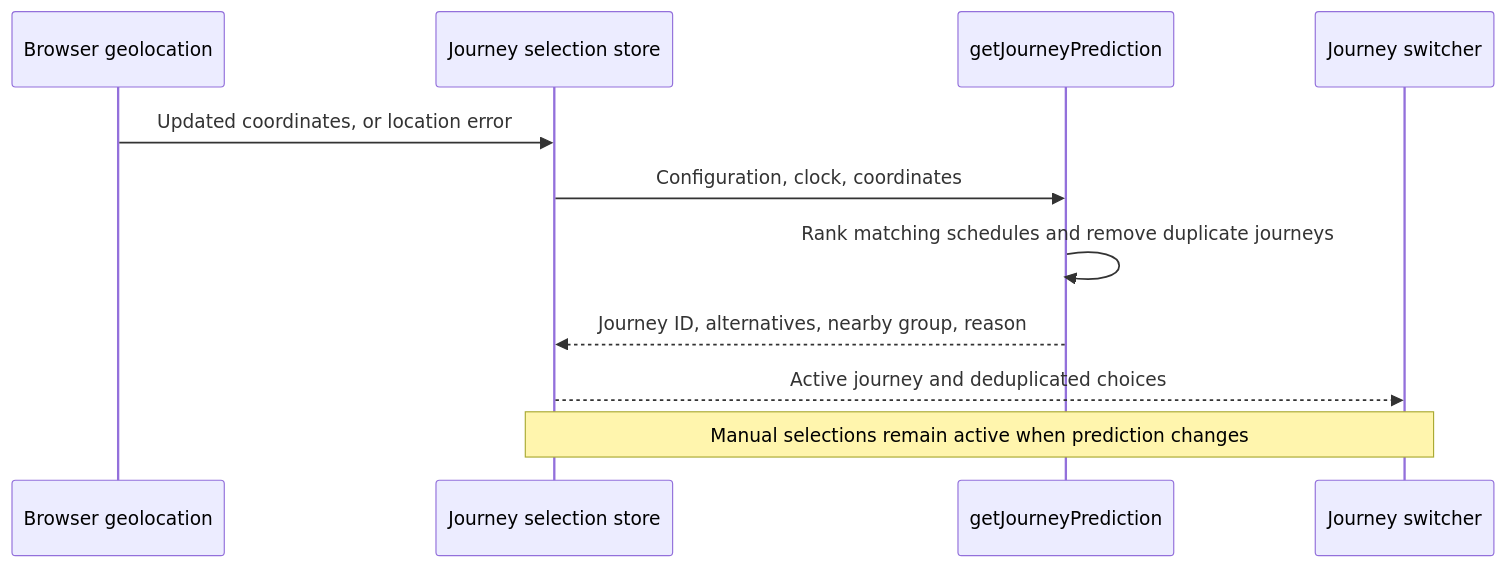
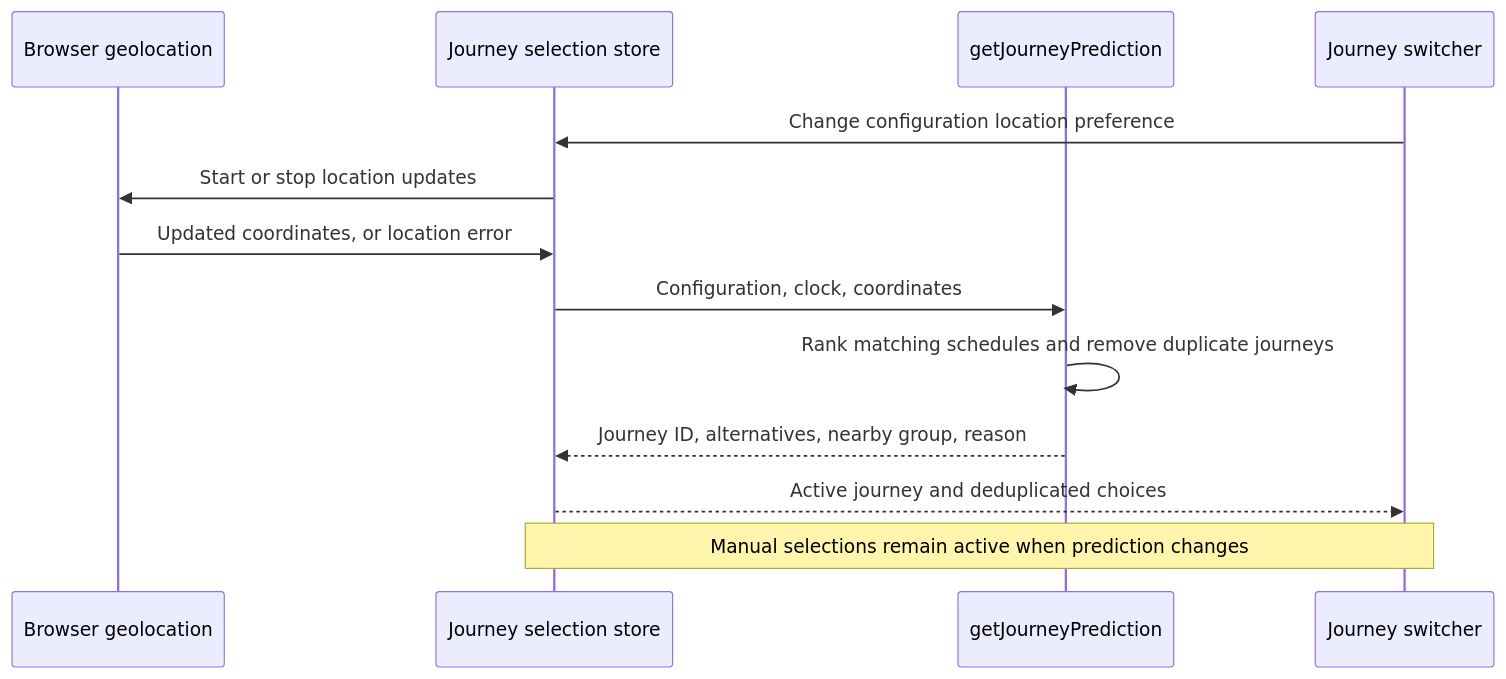
The second of 4 diagrams in docs/journey-selection.md (nd9600/trainDashboard), drawn with Mermaid before and after one commit. The commit also changed other lines of this file and 12 other files, not shown here.

````diff
--- a/docs/journey-selection.md
+++ b/docs/journey-selection.md
@@ -36,13 +38,15 @@
 ```mermaid
 sequenceDiagram
     participant Browser as Browser geolocation
     participant Store as Journey selection store
     participant Prediction as getJourneyPrediction
     participant UI as Journey switcher
+    UI->>Store: Change configuration location preference
+    Store->>Browser: Start or stop location updates
     Browser->>Store: Updated coordinates, or location error
     Store->>Prediction: Configuration, clock, coordinates
     Prediction->>Prediction: Rank matching schedules and remove duplicate journeys
     Prediction-->>Store: Journey ID, alternatives, nearby group, reason
     Store-->>UI: Active journey and deduplicated choices
     Note over Store,UI: Manual selections remain active when prediction changes
 ```
````
